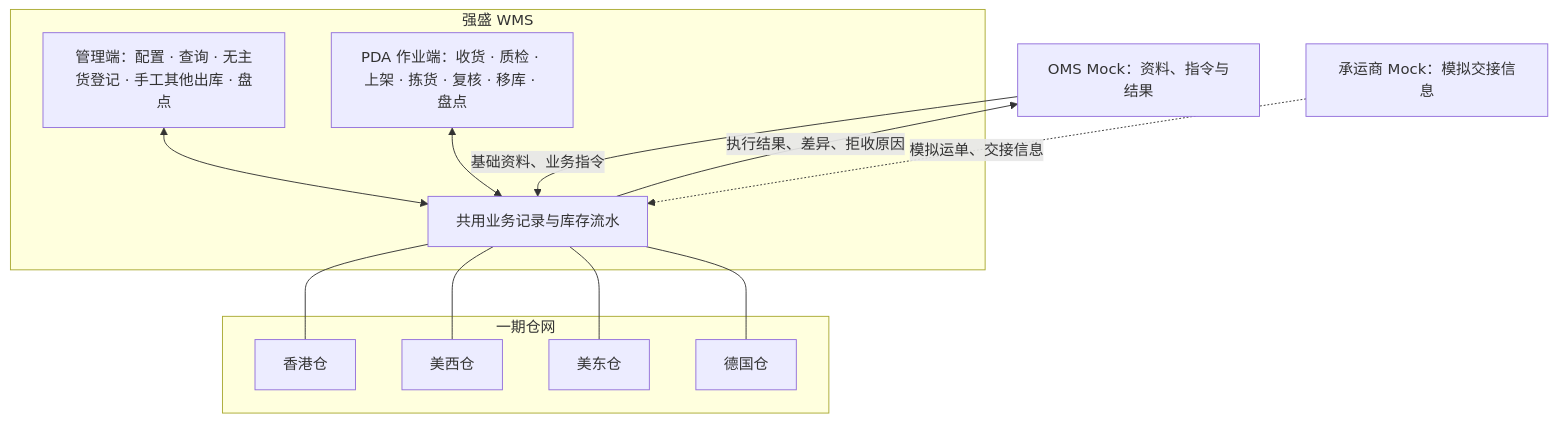
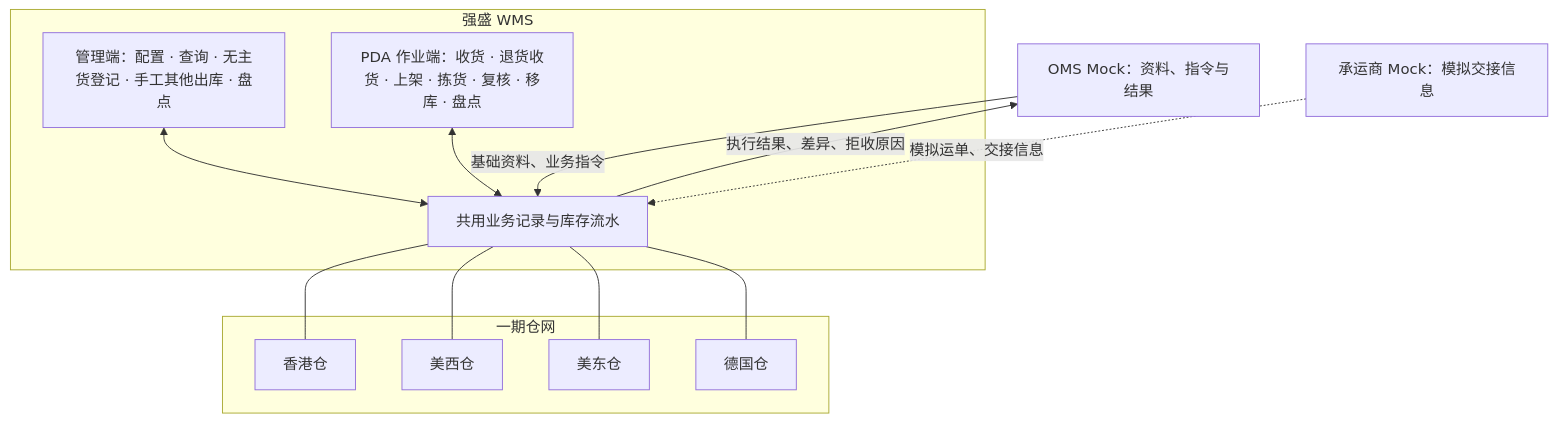
The first of 2 diagrams in 05-应用设计方案/20261002-MVP版本/系统架构设计/00-系统与模块地图.md (TopVitamin/QS-WMS-Project), drawn with Mermaid before and after one commit. The commit also changed other lines of this file and 151 other files, not shown here.

````diff
--- a/05-应用设计方案/20261002-MVP版本/系统架构设计/00-系统与模块地图.md
+++ b/05-应用设计方案/20261002-MVP版本/系统架构设计/00-系统与模块地图.md
@@ -16,25 +16,25 @@
 ```mermaid
 flowchart TB
     M[OMS Mock：资料、指令与结果]
     L[承运商 Mock：模拟交接信息]
     subgraph WMS[强盛 WMS]
         A[管理端：配置 · 查询 · 无主货登记 · 手工其他出库 · 盘点]
-        P[PDA 作业端：收货 · 质检 · 上架 · 拣货 · 复核 · 移库 · 盘点]
+        P[PDA 作业端：收货 · 退货收货 · 上架 · 拣货 · 复核 · 移库 · 盘点]
         S[共用业务记录与库存流水]
         A <--> S
         P <--> S
     end
     subgraph 一期仓网
         HK[香港仓]
         US[美西仓]
         UE[美东仓]
         DE[德国仓]
     end
     M -->|基础资料、业务指令| S
     S -->|执行结果、差异、拒收原因| M
     L -.->|模拟运单、交接信息| S
     S --- HK
     S --- US
     S --- UE
     S --- DE
 ```
````
